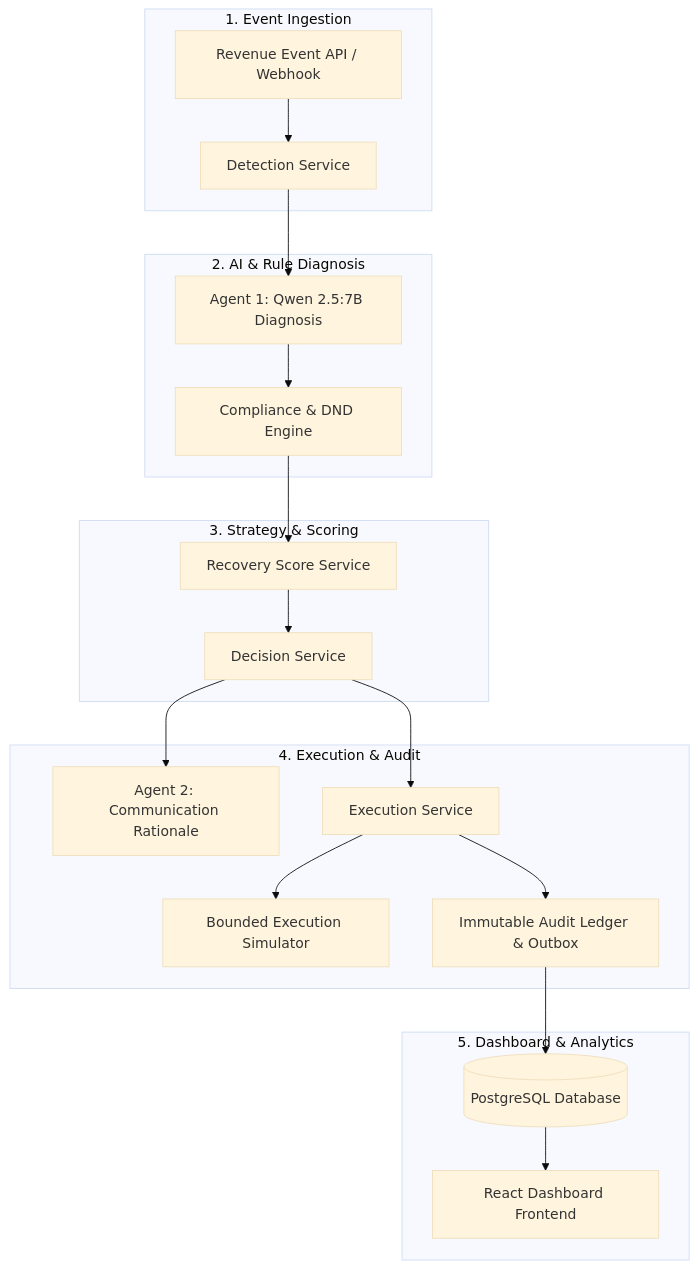
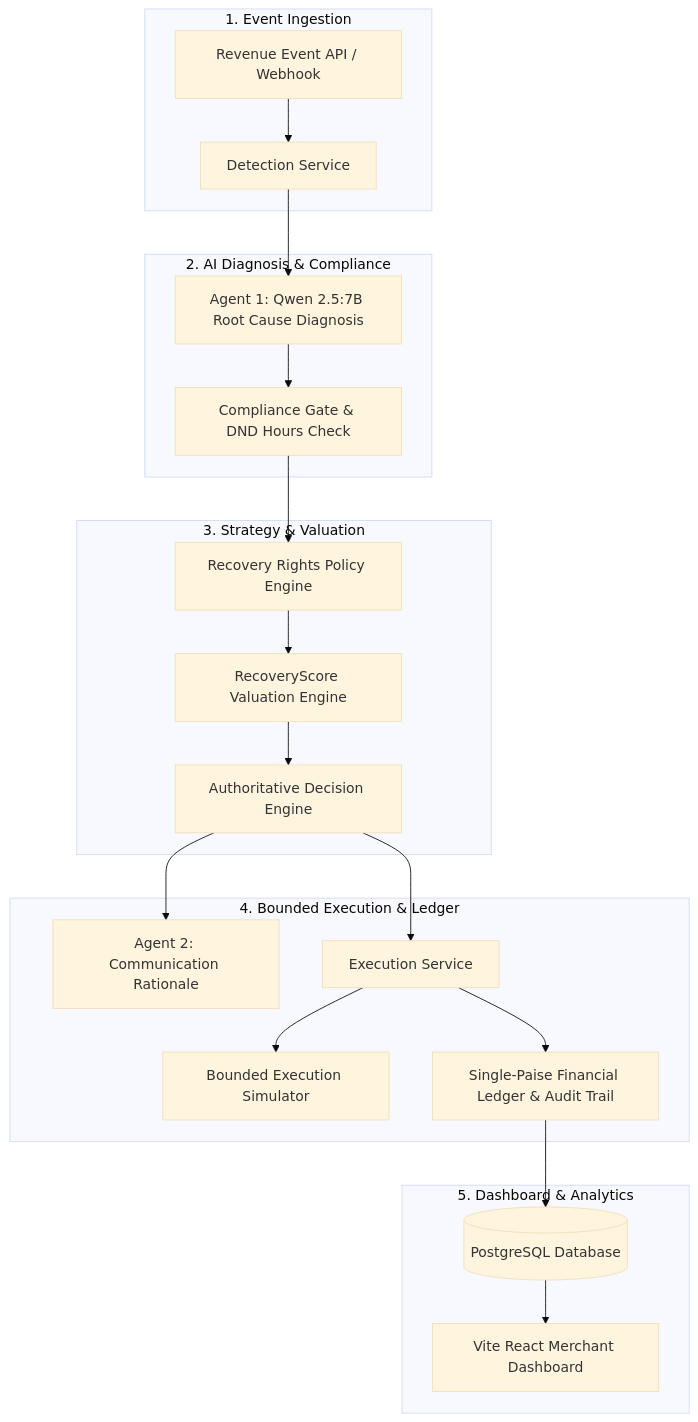
Before and after one commit to jaybankar07/nirnay-pay-dashboard: the diagram in README.md, drawn with Mermaid (base theme). The commit also changed other lines of this file, not shown here.

````diff
--- a/README.md
+++ b/README.md
@@ -27,24 +83,25 @@
 ```mermaid
 flowchart TD
     subgraph Ingestion ["1. Event Ingestion"]
         RE[Revenue Event API / Webhook] --> DS[Detection Service]
     end
-    subgraph Diagnosis ["2. AI & Rule Diagnosis"]
-        DS --> A1[Agent 1: Qwen 2.5:7B Diagnosis]
-        A1 --> CS[Compliance & DND Engine]
+    subgraph Diagnosis ["2. AI Diagnosis & Compliance"]
+        DS --> A1[Agent 1: Qwen 2.5:7B Root Cause Diagnosis]
+        A1 --> CS[Compliance Gate & DND Hours Check]
     end
-    subgraph Decision ["3. Strategy & Scoring"]
-        CS --> RS[Recovery Score Service]
-        RS --> Dec[Decision Service]
+    subgraph Strategy ["3. Strategy & Valuation"]
+        CS --> RR[Recovery Rights Policy Engine]
+        RR --> RS[RecoveryScore Valuation Engine]
+        RS --> DEC[Authoritative Decision Engine]
     end
-    subgraph Execution ["4. Execution & Audit"]
-        Dec --> A2[Agent 2: Communication Rationale]
-        Dec --> ES[Execution Service]
-        ES --> Sim[Bounded Execution Simulator]
-        ES --> Aud[Immutable Audit Ledger & Outbox]
+    subgraph Execution ["4. Bounded Execution & Ledger"]
+        DEC --> A2[Agent 2: Communication Rationale]
+        DEC --> ES[Execution Service]
+        ES --> SIM[Bounded Execution Simulator]
+        ES --> LED[Single-Paise Financial Ledger & Audit Trail]
     end
     subgraph Observability ["5. Dashboard & Analytics"]
-        Aud --> DB[(PostgreSQL Database)]
-        DB --> Dash[React Dashboard Frontend]
+        LED --> DB[(PostgreSQL Database)]
+        DB --> UI[Vite React Merchant Dashboard]
     end
 ```
````
